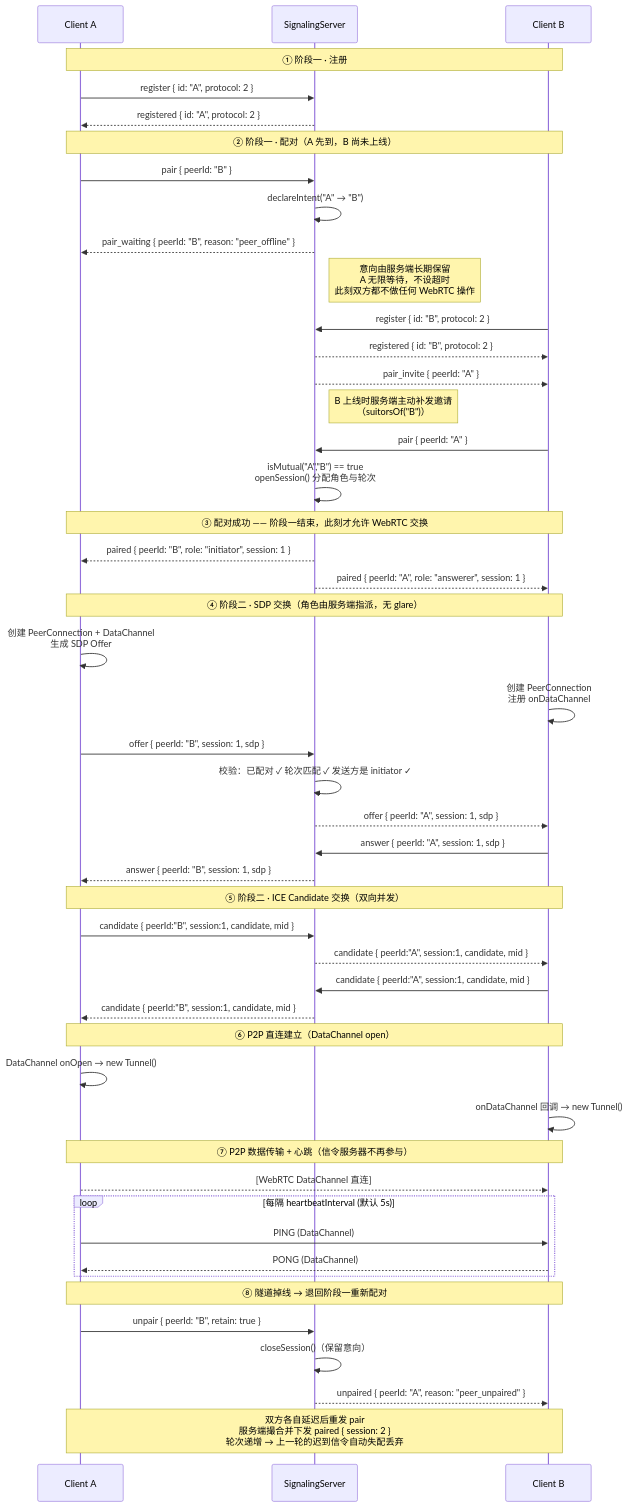
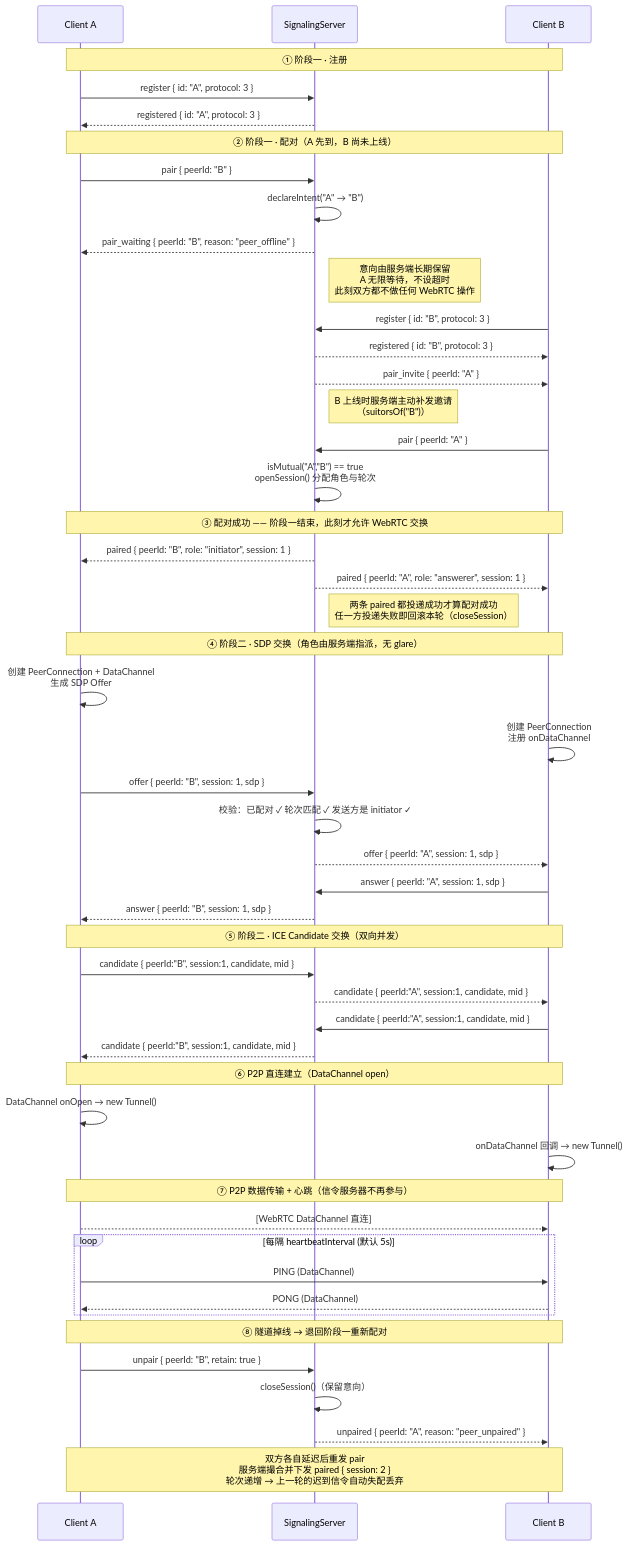
Before and after one commit to hozeeee/proxy_server: the diagram in webrtc_tunnel/README.md, drawn with Mermaid. The commit also changed other lines of this file and 8 other files, not shown here.

````diff
--- a/webrtc_tunnel/README.md
+++ b/webrtc_tunnel/README.md
@@ -32,70 +33,71 @@
 ```mermaid
 sequenceDiagram
     participant A as Client A
     participant S as SignalingServer
     participant B as Client B
 
     Note over A,B: ① 阶段一 · 注册
 
-    A->>S: register { id: "A", protocol: 2 }
-    S-->>A: registered { id: "A", protocol: 2 }
+    A->>S: register { id: "A", protocol: 3 }
+    S-->>A: registered { id: "A", protocol: 3 }
 
     Note over A,B: ② 阶段一 · 配对（A 先到，B 尚未上线）
 
     A->>S: pair { peerId: "B" }
     S->>S: declareIntent("A" → "B")
     S-->>A: pair_waiting { peerId: "B", reason: "peer_offline" }
     Note right of S: 意向由服务端长期保留<br/>A 无限等待，不设超时<br/>此刻双方都不做任何 WebRTC 操作
 
-    B->>S: register { id: "B", protocol: 2 }
-    S-->>B: registered { id: "B", protocol: 2 }
+    B->>S: register { id: "B", protocol: 3 }
+    S-->>B: registered { id: "B", protocol: 3 }
     S-->>B: pair_invite { peerId: "A" }
     Note right of S: B 上线时服务端主动补发邀请<br/>（suitorsOf("B")）
 
     B->>S: pair { peerId: "A" }
     S->>S: isMutual("A","B") == true<br/>openSession() 分配角色与轮次
 
     Note over A,B: ③ 配对成功 —— 阶段一结束，此刻才允许 WebRTC 交换
 
     S-->>A: paired { peerId: "B", role: "initiator", session: 1 }
     S-->>B: paired { peerId: "A", role: "answerer",  session: 1 }
+    Note right of S: 两条 paired 都投递成功才算配对成功<br/>任一方投递失败即回滚本轮（closeSession）
 
     Note over A,B: ④ 阶段二 · SDP 交换（角色由服务端指派，无 glare）
 
     A->>A: 创建 PeerConnection + DataChannel<br/>生成 SDP Offer
     B->>B: 创建 PeerConnection<br/>注册 onDataChannel
 
     A->>S: offer { peerId: "B", session: 1, sdp }
     S->>S: 校验：已配对 ✓ 轮次匹配 ✓ 发送方是 initiator ✓
     S-->>B: offer { peerId: "A", session: 1, sdp }
 
     B->>S: answer { peerId: "A", session: 1, sdp }
     S-->>A: answer { peerId: "B", session: 1, sdp }
 
     Note over A,B: ⑤ 阶段二 · ICE Candidate 交换（双向并发）
 
     A->>S: candidate { peerId:"B", session:1, candidate, mid }
     S-->>B: candidate { peerId:"A", session:1, candidate, mid }
     B->>S: candidate { peerId:"A", session:1, candidate, mid }
     S-->>A: candidate { peerId:"B", session:1, candidate, mid }
 
     Note over A,B: ⑥ P2P 直连建立（DataChannel open）
 
     A->>A: DataChannel onOpen → new Tunnel()
     B->>B: onDataChannel 回调 → new Tunnel()
 
     Note over A,B: ⑦ P2P 数据传输 + 心跳（信令服务器不再参与）
 
     A-->>B: [WebRTC DataChannel 直连]
     loop 每隔 heartbeatInterval (默认 5s)
         A->>B: PING (DataChannel)
         B-->>A: PONG (DataChannel)
     end
 
     Note over A,B: ⑧ 隧道掉线 → 退回阶段一重新配对
 
     A->>S: unpair { peerId: "B", retain: true }
     S->>S: closeSession()（保留意向）
     S-->>B: unpaired { peerId: "A", reason: "peer_unpaired" }
     Note over A,B: 双方各自延迟后重发 pair<br/>服务端撮合并下发 paired { session: 2 }<br/>轮次递增 → 上一轮的迟到信令自动失配丢弃
 ```
````
